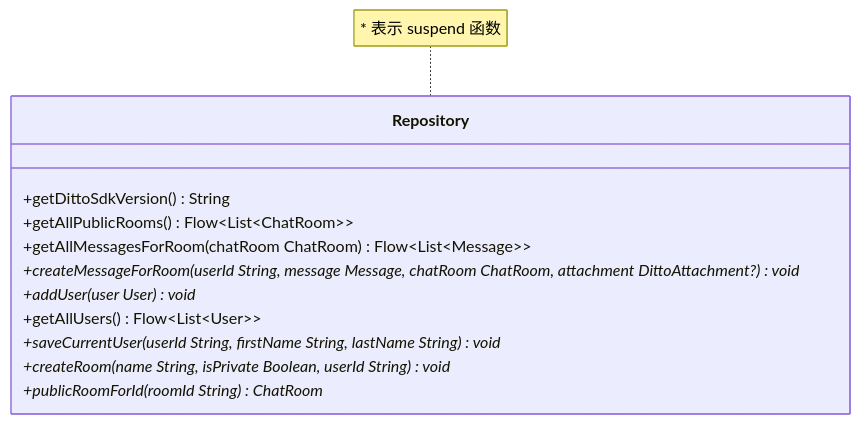
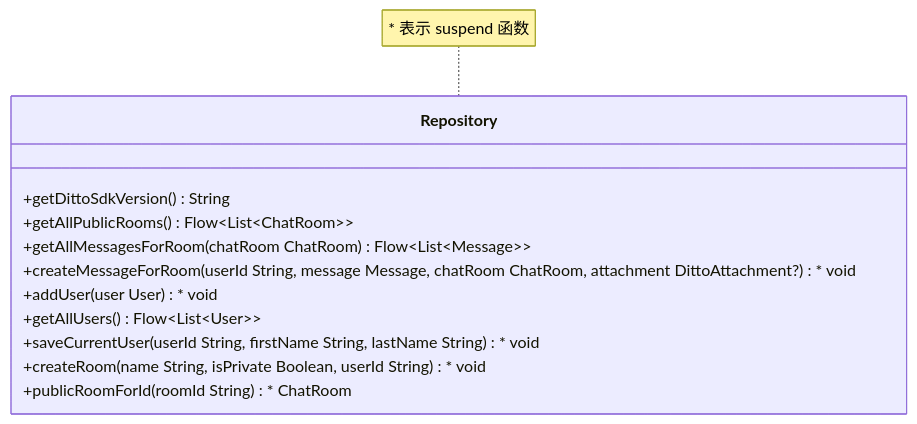
The diagram in 07-advanced-architecture/projects/final/app/src/main/java/com/kodeco/chat/data/repository/Repository.kt.md (hyh19/aaf-materials), drawn with Mermaid before and after one commit. The commit also changed other lines of this file, not shown here.

````diff
--- a/07-advanced-architecture/projects/final/app/src/main/java/com/kodeco/chat/data/repository/Repository.kt.md
+++ b/07-advanced-architecture/projects/final/app/src/main/java/com/kodeco/chat/data/repository/Repository.kt.md
@@ -66,16 +66,16 @@
   ```mermaid
   classDiagram
       class Repository {
           +getDittoSdkVersion() String
           +getAllPublicRooms() Flow~List~ChatRoom~~
           +getAllMessagesForRoom(chatRoom ChatRoom) Flow~List~Message~~
-          +createMessageForRoom(userId String, message Message, chatRoom ChatRoom, attachment DittoAttachment?)* void
-          +addUser(user User)* void
+          +createMessageForRoom(userId String, message Message, chatRoom ChatRoom, attachment DittoAttachment?)\* void
+          +addUser(user User)\* void
           +getAllUsers() Flow~List~User~~
-          +saveCurrentUser(userId String, firstName String, lastName String)* void
-          +createRoom(name String, isPrivate Boolean, userId String)* void
-          +publicRoomForId(roomId String)* ChatRoom
+          +saveCurrentUser(userId String, firstName String, lastName String)\* void
+          +createRoom(name String, isPrivate Boolean, userId String)\* void
+          +publicRoomForId(roomId String)\* ChatRoom
       }
       
-      note for Repository "* 表示 suspend 函数"
+      note for Repository "\* 表示 suspend 函数"
   ```
````
